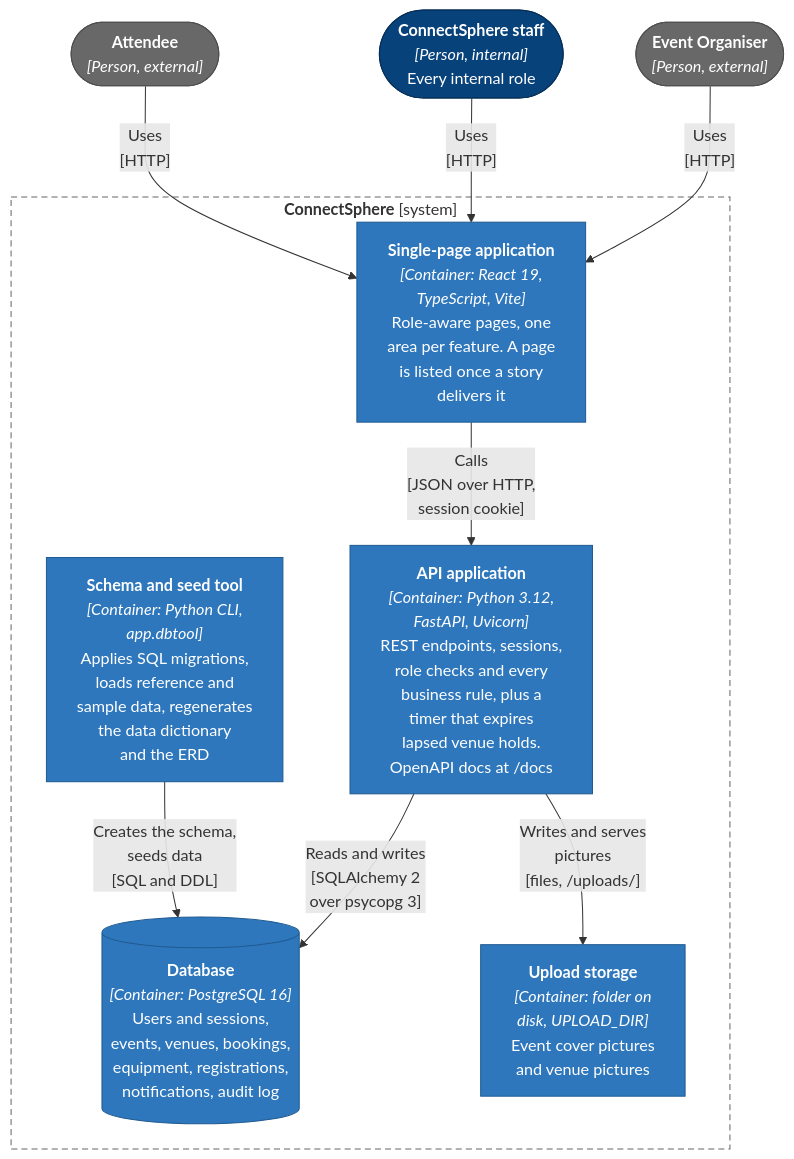
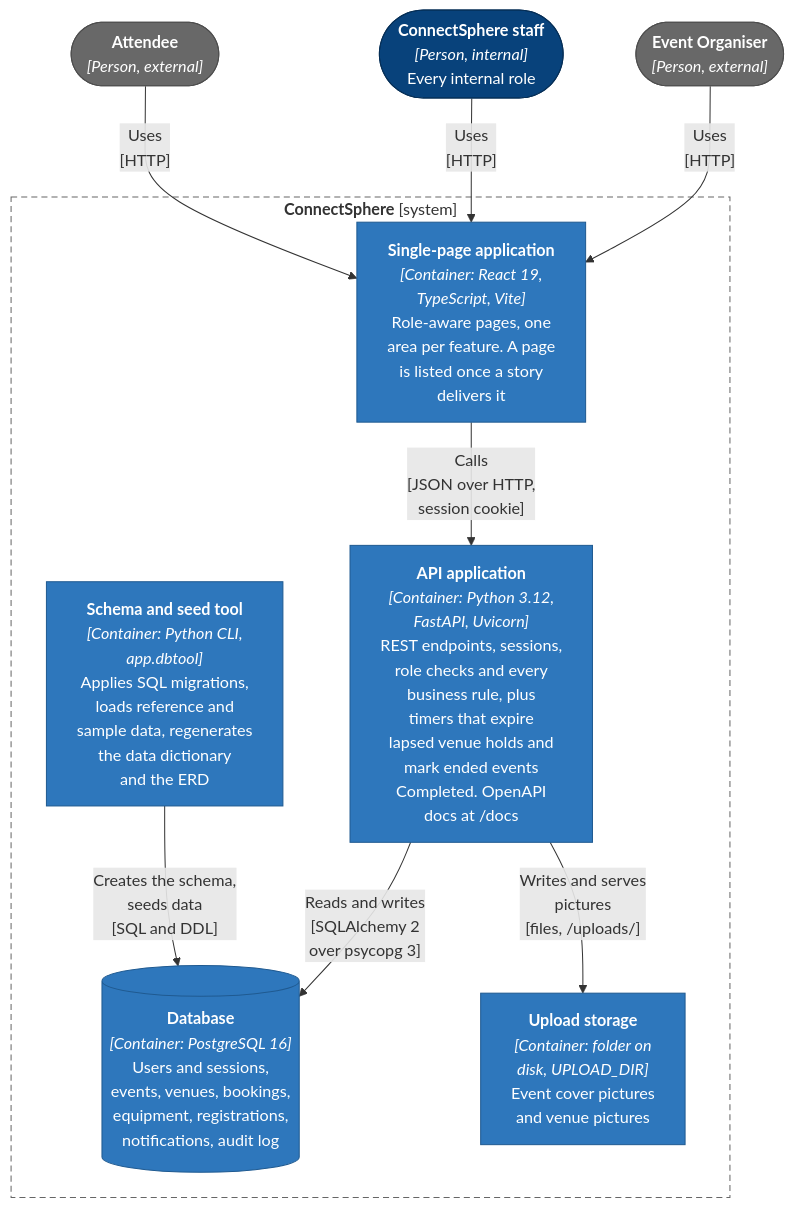
One commit to mecmk/SPM-G5 changed the second of 7 diagrams in docs/C4_MODEL.md. Above: the diagram before and after it, drawn with Mermaid. The commit also changed other lines of this file and 16 other files, not shown here.

Commit message:
fix: mark a Confirmed event Completed once it has ended (f21.2.2) (#195)

````diff
--- a/docs/C4_MODEL.md
+++ b/docs/C4_MODEL.md
@@ -63,28 +63,28 @@
 ```mermaid
 flowchart TB
     classDef person fill:#08427b,stroke:#052e56,color:#ffffff
     classDef external fill:#686868,stroke:#4d4d4d,color:#ffffff
     classDef container fill:#2e77bc,stroke:#1f5a91,color:#ffffff
 
     organiser(["<b>Event Organiser</b><br/><i>[Person, external]</i>"]):::external
     staff(["<b>ConnectSphere staff</b><br/><i>[Person, internal]</i><br/>Every internal role"]):::person
     attendee(["<b>Attendee</b><br/><i>[Person, external]</i>"]):::external
 
     subgraph connectsphere["<b>ConnectSphere</b> [system]"]
         spa["<b>Single-page application</b><br/><i>[Container: React 19,<br/>TypeScript, Vite]</i><br/>Role-aware pages, one<br/>area per feature. A page<br/>is listed once a story<br/>delivers it"]:::container
-        api["<b>API application</b><br/><i>[Container: Python 3.12,<br/>FastAPI, Uvicorn]</i><br/>REST endpoints, sessions,<br/>role checks and every<br/>business rule, plus a<br/>timer that expires<br/>lapsed venue holds.<br/>OpenAPI docs at /docs"]:::container
+        api["<b>API application</b><br/><i>[Container: Python 3.12,<br/>FastAPI, Uvicorn]</i><br/>REST endpoints, sessions,<br/>role checks and every<br/>business rule, plus<br/>timers that expire<br/>lapsed venue holds and<br/>mark ended events<br/>Completed. OpenAPI<br/>docs at /docs"]:::container
         db[("<b>Database</b><br/><i>[Container: PostgreSQL 16]</i><br/>Users and sessions,<br/>events, venues, bookings,<br/>equipment, registrations,<br/>notifications, audit log")]:::container
         uploads["<b>Upload storage</b><br/><i>[Container: folder on<br/>disk, UPLOAD_DIR]</i><br/>Event cover pictures<br/>and venue pictures"]:::container
         dbtool["<b>Schema and seed tool</b><br/><i>[Container: Python CLI,<br/>app.dbtool]</i><br/>Applies SQL migrations,<br/>loads reference and<br/>sample data, regenerates<br/>the data dictionary<br/>and the ERD"]:::container
     end
 
     organiser -->|"Uses<br/>[HTTP]"| spa
     staff -->|"Uses<br/>[HTTP]"| spa
     attendee -->|"Uses<br/>[HTTP]"| spa
     spa -->|"Calls<br/>[JSON over HTTP,<br/>session cookie]"| api
     api -->|"Reads and writes<br/>[SQLAlchemy 2<br/>over psycopg 3]"| db
     api -->|"Writes and serves<br/>pictures<br/>[files, /uploads/]"| uploads
     dbtool -->|"Creates the schema,<br/>seeds data<br/>[SQL and DDL]"| db
 
     style connectsphere fill:none,stroke:#666666,stroke-dasharray:6 4
 ```
````
